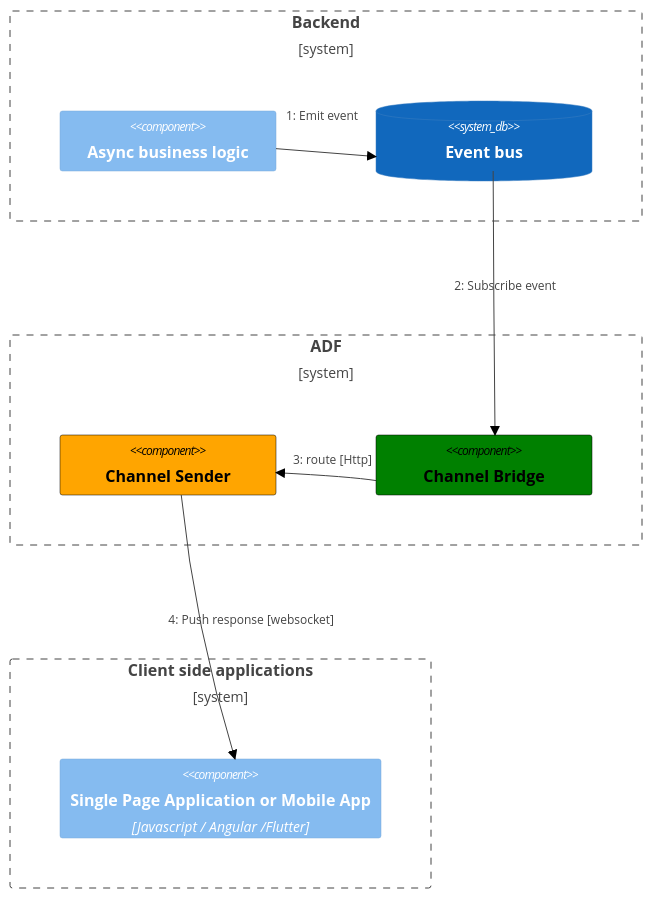
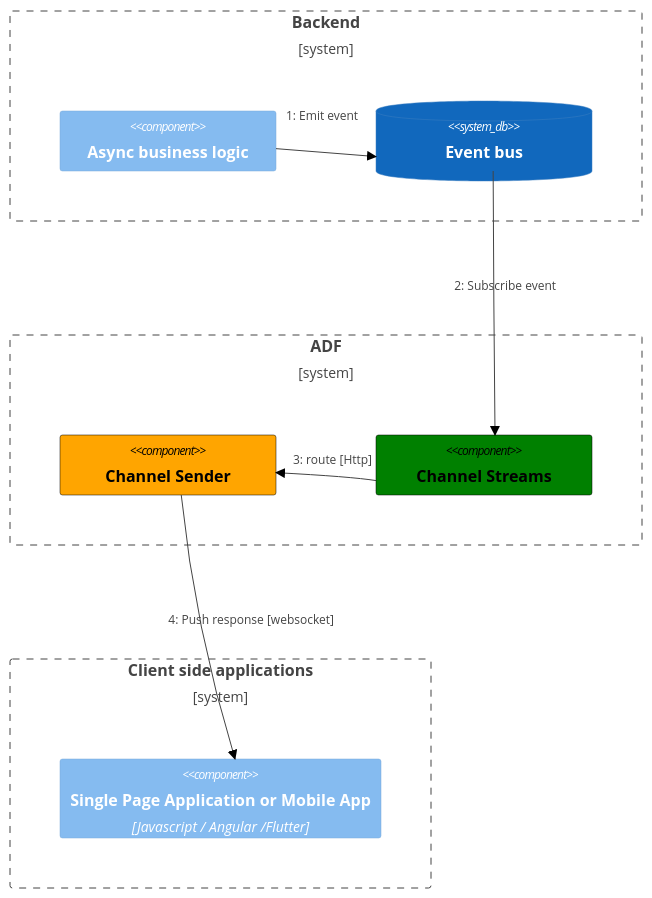
The second of 2 diagrams in README.md (bancolombia/async-dataflow), drawn with Mermaid (neutral theme) before and after one commit. The commit also changed other lines of this file and 301 other files, not shown here.

````diff
--- a/README.md
+++ b/README.md
@@ -46,32 +46,32 @@
 ```mermaid
     C4Dynamic
 
     Boundary(zz, "Backend") {
         Component(abl, "Async business logic")
         SystemDb(bus, "Event bus")
     }
     
     Boundary(xx, "ADF") {
         Component(sender, "Channel Sender", "", "")
-        Component(bridge, "Channel Bridge", "", "")
+        Component(streams, "Channel Streams", "", "")
     }
 
     Boundary(aa, "Client side applications") {
         Component(cli, "Single Page Application or Mobile App", "Javascript / Angular /Flutter", "")
     }
 
     Rel(abl, bus, "Emit event")
-    Rel(bus, bridge, "Subscribe event")
-    Rel(bridge, sender, "route [Http]")
+    Rel(bus, streams, "Subscribe event")
+    Rel(streams, sender, "route [Http]")
     Rel(sender, cli, "Push response [websocket]")
 
     UpdateElementStyle(sender, $fontColor="black", $bgColor="orange", $borderColor="black")
-    UpdateElementStyle(bridge, $fontColor="black", $bgColor="green", $borderColor="black")
+    UpdateElementStyle(streams, $fontColor="black", $bgColor="green", $borderColor="black")
 
     UpdateRelStyle(abl, bus,  $offsetX="-40", $offsetY="-40")
-    UpdateRelStyle(bus, bridge, $offsetX="-40", $offsetY="-20")
-    UpdateRelStyle(bridge, sender, $offsetX="-33", $offsetY="-20")
+    UpdateRelStyle(bus, streams, $offsetX="-40", $offsetY="-20")
+    UpdateRelStyle(streams, sender, $offsetX="-33", $offsetY="-20")
     UpdateRelStyle(sender, cli, $offsetX="-40", $offsetY="-10")
     
     UpdateLayoutConfig($c4ShapeInRow="2", $c4BoundaryInRow="1")
 ```
````
